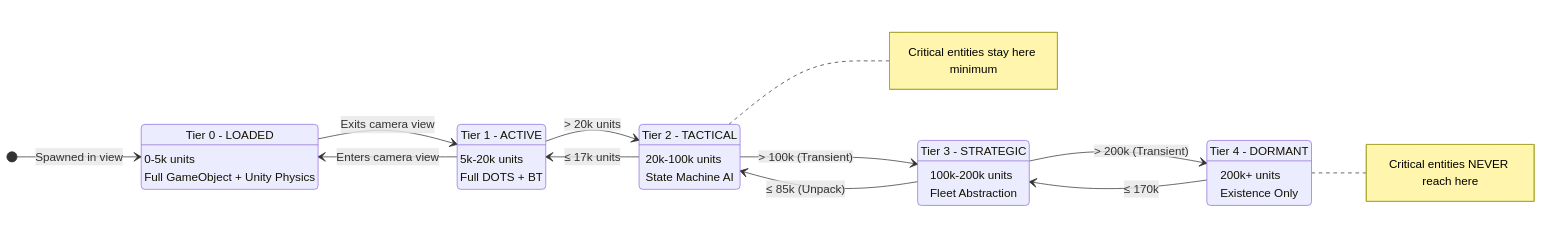
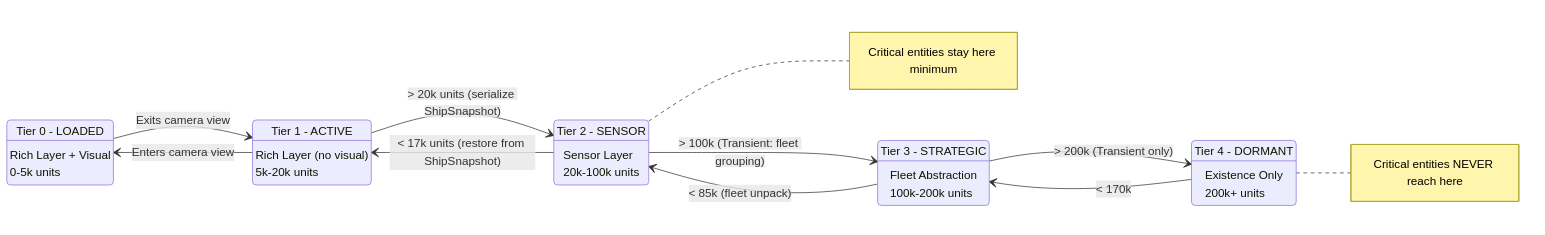
The fourth of 5 diagrams in .obsidian/architecture/00-overview.md (zephkelly/starfire), drawn with Mermaid before and after one commit. The commit also changed other lines of this file and 27 other files, not shown here.

Commit message:
feat: update architecture docs to include modding system

````diff
--- a/.obsidian/architecture/00-overview.md
+++ b/.obsidian/architecture/00-overview.md
@@ -198,41 +198,39 @@
 ```mermaid
 stateDiagram-v2
     direction LR
 
-    [*] --> Tier0: Spawned in view
-
     Tier0: Tier 0 - LOADED
+    Tier0: Rich Layer + Visual
     Tier0: 0-5k units
-    Tier0: Full GameObject + Unity Physics
 
     Tier1: Tier 1 - ACTIVE
+    Tier1: Rich Layer (no visual)
     Tier1: 5k-20k units
-    Tier1: Full DOTS + BT
 
-    Tier2: Tier 2 - TACTICAL
+    Tier2: Tier 2 - SENSOR
+    Tier2: Sensor Layer
     Tier2: 20k-100k units
-    Tier2: State Machine AI
 
     Tier3: Tier 3 - STRATEGIC
+    Tier3: Fleet Abstraction
     Tier3: 100k-200k units
-    Tier3: Fleet Abstraction
 
     Tier4: Tier 4 - DORMANT
+    Tier4: Existence Only
     Tier4: 200k+ units
-    Tier4: Existence Only
 
     Tier0 --> Tier1: Exits camera view
     Tier1 --> Tier0: Enters camera view
 
-    Tier1 --> Tier2: > 20k units
-    Tier2 --> Tier1: ≤ 17k units
+    Tier1 --> Tier2: > 20k units (serialize ShipSnapshot)
+    Tier2 --> Tier1: < 17k units (restore from ShipSnapshot)
 
-    Tier2 --> Tier3: > 100k (Transient)
-    Tier3 --> Tier2: ≤ 85k (Unpack)
+    Tier2 --> Tier3: > 100k (Transient: fleet grouping)
+    Tier3 --> Tier2: < 85k (fleet unpack)
 
-    Tier3 --> Tier4: > 200k (Transient)
-    Tier4 --> Tier3: ≤ 170k
+    Tier3 --> Tier4: > 200k (Transient only)
+    Tier4 --> Tier3: < 170k
 
     note right of Tier2: Critical entities stay here minimum
     note right of Tier4: Critical entities NEVER reach here
 ```
````
